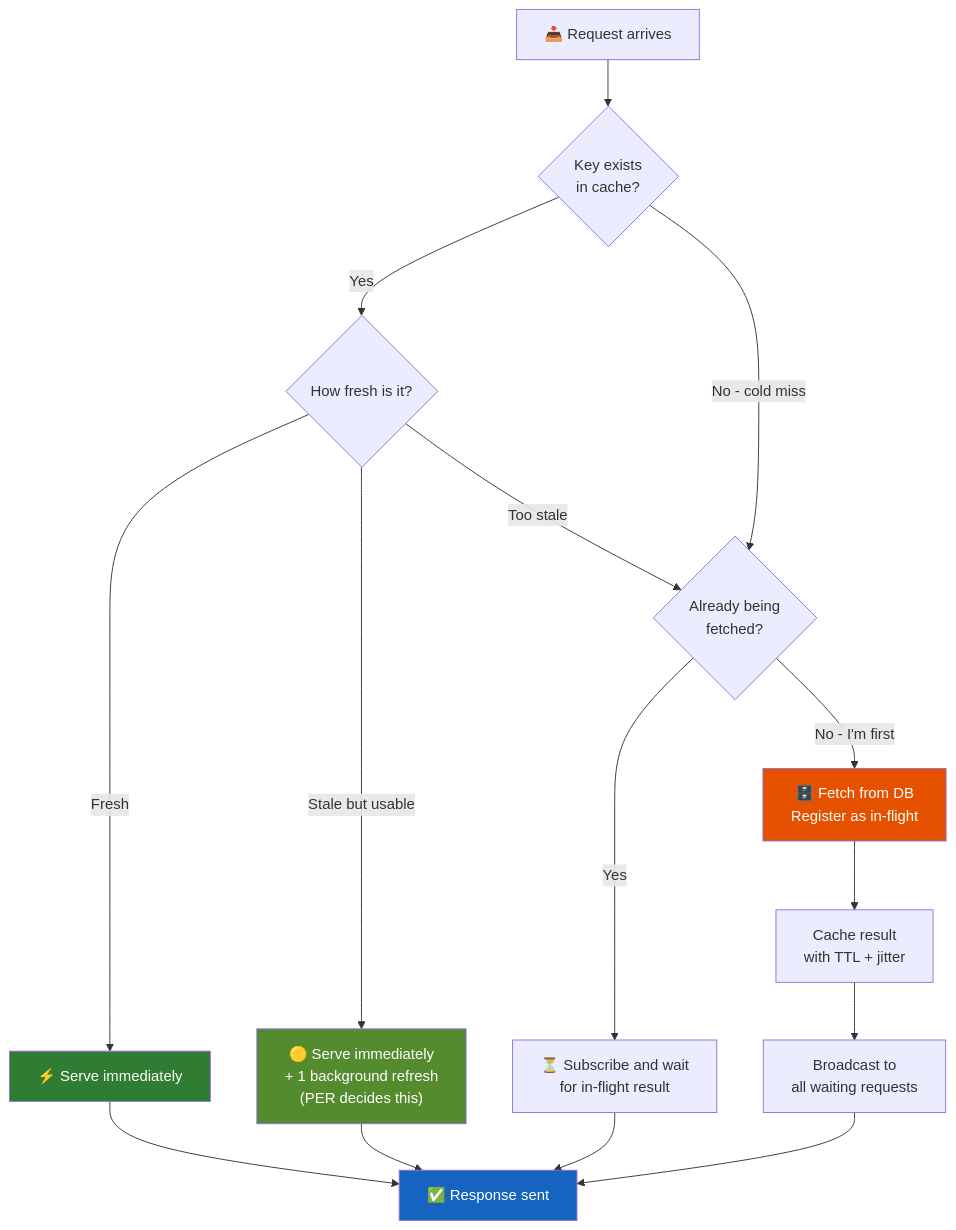
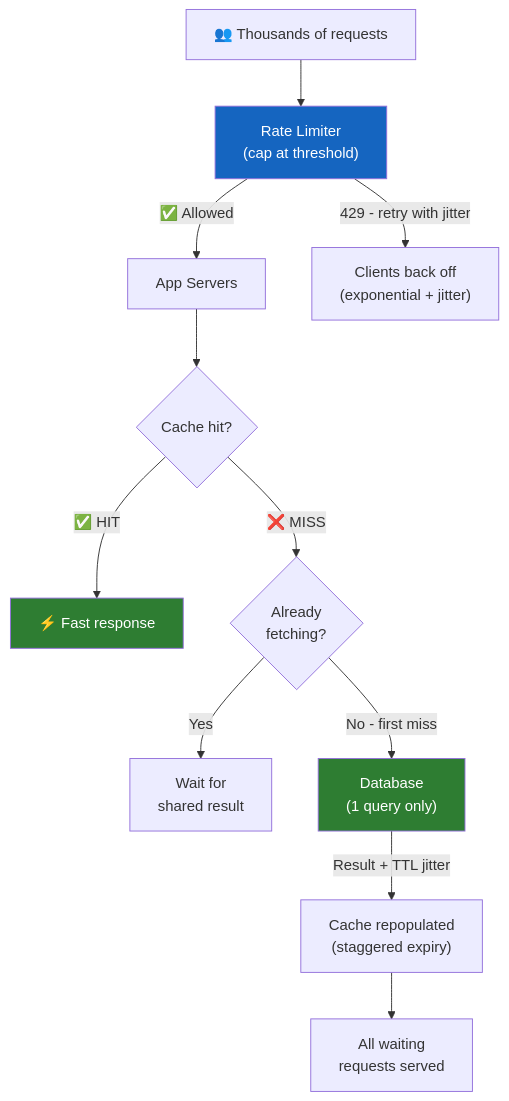
Diagram 11 of 11 in content/posts/38-thundering-herd.md (g-savitha/portfolio), drawn with Mermaid before and after one commit. The commit also changed other lines of this file, not shown here.

````diff
--- a/content/posts/38-thundering-herd.md
+++ b/content/posts/38-thundering-herd.md
@@ -495,27 +421,20 @@
 ```mermaid
 flowchart TD
-    REQ["📥 Request arrives"] --> WARM{"Key exists\nin cache?"}
+    Users["👥 Thousands of requests"] --> RL["Rate Limiter\n(cap at threshold)"]
+    RL -->|"✅ Allowed"| App["App Servers"]
+    RL -->|"429 - retry with jitter"| Backoff["Clients back off\n(exponential + jitter)"]
 
-    WARM -->|"Yes"| AGE{"How fresh is it?"}
-    WARM -->|"No - cold miss"| INFLIGHT{"Already being\nfetched?"}
+    App --> Cache{"Cache hit?"}
+    Cache -->|"✅ HIT"| Response["⚡ Fast response"]
+    Cache -->|"❌ MISS"| Flight{"Already\nfetching?"}
 
-    AGE -->|"Fresh"| FAST["⚡ Serve immediately"]
-    AGE -->|"Stale but usable"| SWR_SERVE["🟡 Serve immediately\n+ 1 background refresh\n(PER decides this)"]
-    AGE -->|"Too stale"| INFLIGHT
+    Flight -->|"Yes"| Wait["Wait for\nshared result"]
+    Flight -->|"No - first miss"| DB["Database\n(1 query only)"]
 
-    INFLIGHT -->|"Yes"| WAIT["⏳ Subscribe and wait\nfor in-flight result"]
-    INFLIGHT -->|"No - I'm first"| DB_FETCH["🗄️ Fetch from DB\nRegister as in-flight"]
+    DB -->|"Result + TTL jitter"| CacheWrite["Cache repopulated\n(staggered expiry)"]
+    CacheWrite --> Broadcast["All waiting\nrequests served"]
 
-    DB_FETCH --> JITTER["Cache result\nwith TTL + jitter"]
-    JITTER --> BROADCAST["Broadcast to\nall waiting requests"]
-
-    FAST --> DONE["✅ Response sent"]
-    SWR_SERVE --> DONE
-    WAIT --> DONE
-    BROADCAST --> DONE
-
-    style FAST fill:#2e7d32,color:#fff
-    style SWR_SERVE fill:#558b2f,color:#fff
-    style DONE fill:#1565c0,color:#fff
-    style DB_FETCH fill:#e65100,color:#fff
+    style RL fill:#1565c0,color:#fff
+    style DB fill:#2e7d32,color:#fff
+    style Response fill:#2e7d32,color:#fff
 ```
````
